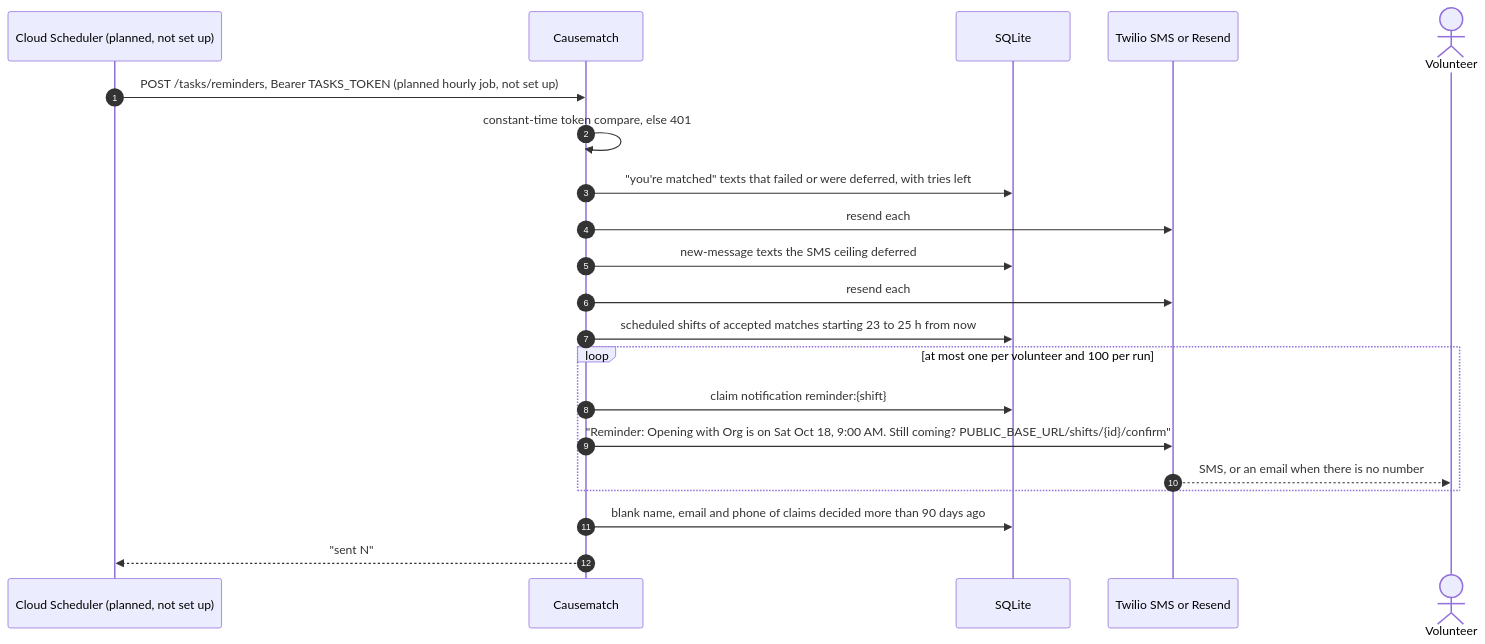
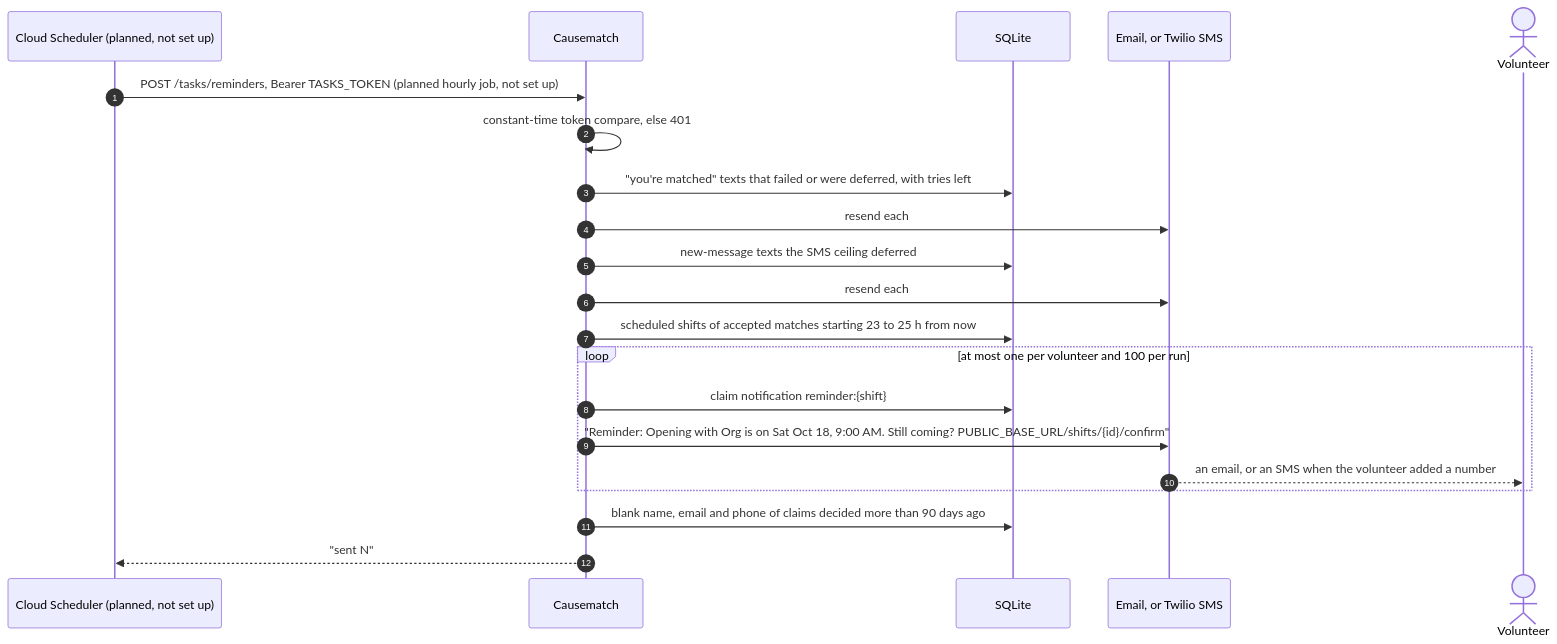
Diagram 20 of 26 in docs/ARCHITECTURE.md (slegroux/causematch), drawn with Mermaid before and after one commit. The commit also changed other lines of this file, not shown here.

First line of the commit message:
Architecture doc: up to date with main through #39

````diff
--- a/docs/ARCHITECTURE.md
+++ b/docs/ARCHITECTURE.md
@@ -1124,24 +1161,24 @@
 ```mermaid
 sequenceDiagram
     autonumber
     participant S as Cloud Scheduler (planned, not set up)
     participant A as Causematch
     participant DB as SQLite
-    participant T as Twilio SMS or Resend
+    participant T as Email, or Twilio SMS
     actor V as Volunteer
 
     S->>A: POST /tasks/reminders, Bearer TASKS_TOKEN (planned hourly job, not set up)
     A->>A: constant-time token compare, else 401
     A->>DB: "you're matched" texts that failed or were deferred, with tries left
     A->>T: resend each
     A->>DB: new-message texts the SMS ceiling deferred
     A->>T: resend each
     A->>DB: scheduled shifts of accepted matches starting 23 to 25 h from now
     loop at most one per volunteer and 100 per run
         A->>DB: claim notification reminder:{shift}
         A->>T: "Reminder: Opening with Org is on Sat Oct 18, 9:00 AM. Still coming? PUBLIC_BASE_URL/shifts/{id}/confirm"
-        T-->>V: SMS, or an email when there is no number
+        T-->>V: an email, or an SMS when the volunteer added a number
     end
     A->>DB: blank name, email and phone of claims decided more than 90 days ago
     A-->>S: "sent N"
 ```
````
